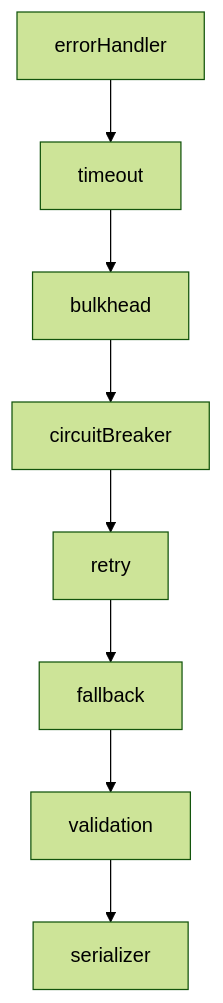
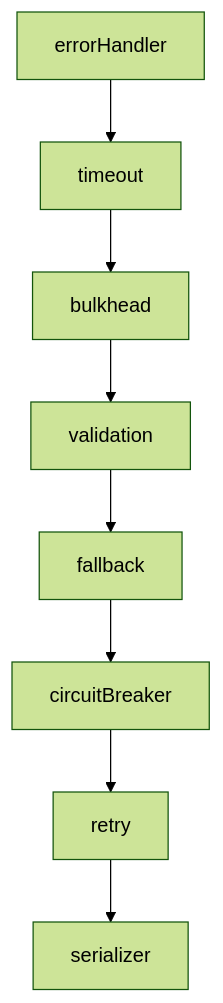
The second of 3 diagrams in en/guide/interceptors/built-in.md (Connectum-Framework/docs), drawn with Mermaid (forest theme) before and after one commit. The commit also changed other lines of this file and 674 other files, not shown here.

````diff
--- a/en/guide/interceptors/built-in.md
+++ b/en/guide/interceptors/built-in.md
@@ -14,10 +270,10 @@
 ```mermaid
 flowchart TD
     Error[errorHandler] --> Timeout[timeout]
     Timeout --> Bulkhead[bulkhead]
-    Bulkhead --> Breaker[circuitBreaker]
+    Bulkhead --> Validation[validation]
+    Validation --> Fallback[fallback]
+    Fallback --> Breaker[circuitBreaker]
     Breaker --> Retry[retry]
-    Retry --> Fallback[fallback]
-    Fallback --> Validation[validation]
-    Validation --> Serializer[serializer]
+    Retry --> Serializer[serializer]
 ```
````
